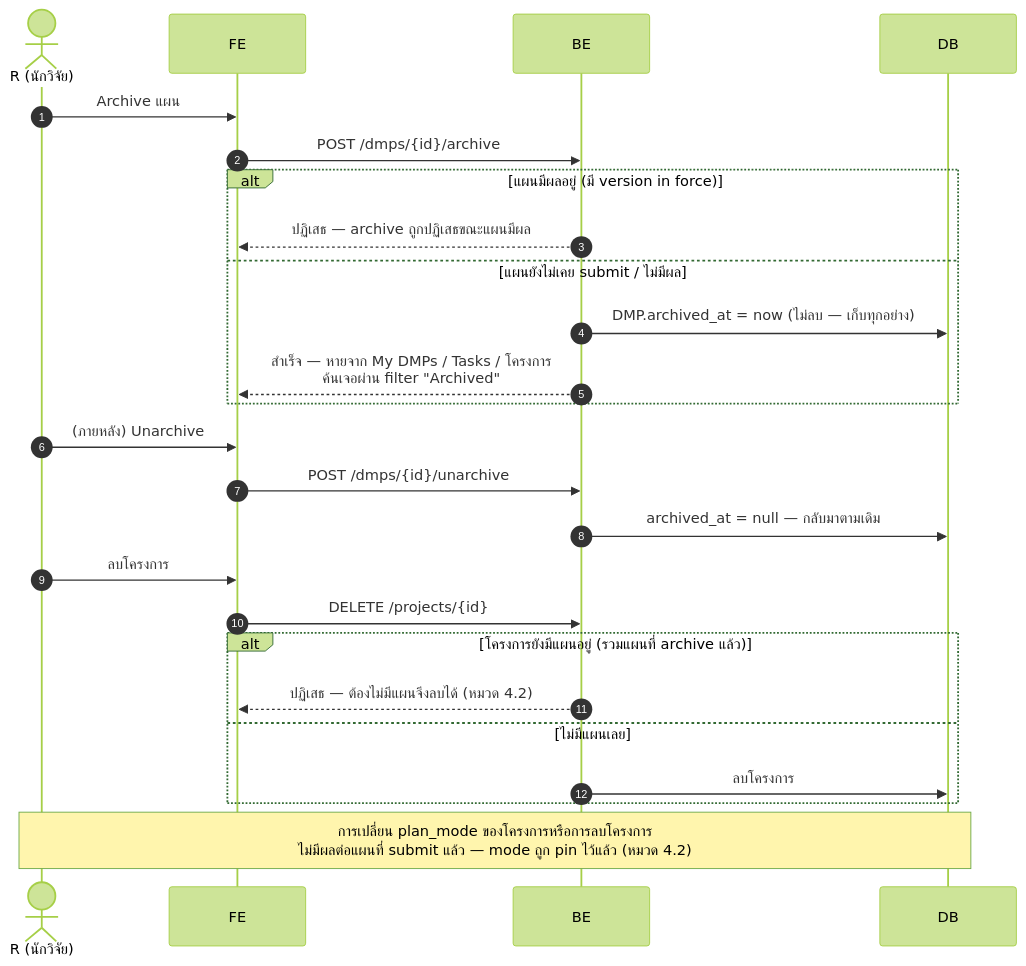
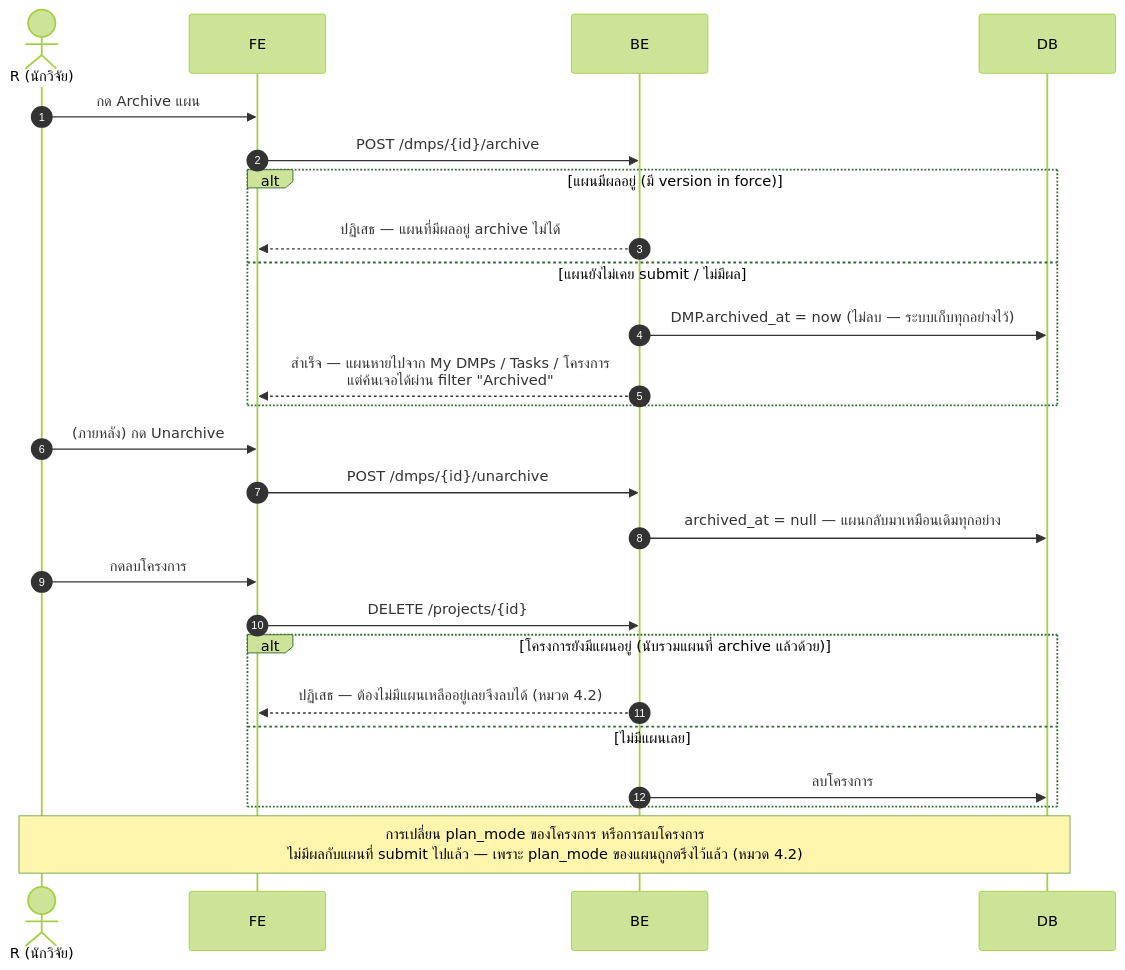
Diagram 13 of 14 in docs/architecture/sequence-diagrams.md (Open-Science-and-Data-management/Backend), drawn with Mermaid (forest theme) before and after one commit. The commit also changed other lines of this file and 15 other files, not shown here.

````diff
--- a/docs/architecture/sequence-diagrams.md
+++ b/docs/architecture/sequence-diagrams.md
@@ -461,29 +503,29 @@
 ```mermaid
 sequenceDiagram
     autonumber
     actor R as R (นักวิจัย)
     participant FE as FE
     participant BE as BE
     participant DB as DB
 
-    R->>FE: Archive แผน
+    R->>FE: กด Archive แผน
     FE->>BE: POST /dmps/{id}/archive
     alt แผนมีผลอยู่ (มี version in force)
-        BE-->>FE: ปฏิเสธ — archive ถูกปฏิเสธขณะแผนมีผล
+        BE-->>FE: ปฏิเสธ — แผนที่มีผลอยู่ archive ไม่ได้
     else แผนยังไม่เคย submit / ไม่มีผล
-        BE->>DB: DMP.archived_at = now (ไม่ลบ — เก็บทุกอย่าง)
-        BE-->>FE: สำเร็จ — หายจาก My DMPs / Tasks / โครงการ<br/>ค้นเจอผ่าน filter "Archived"
+        BE->>DB: DMP.archived_at = now (ไม่ลบ — ระบบเก็บทุกอย่างไว้)
+        BE-->>FE: สำเร็จ — แผนหายไปจาก My DMPs / Tasks / โครงการ<br/>แต่ค้นเจอได้ผ่าน filter "Archived"
     end
-    R->>FE: (ภายหลัง) Unarchive
+    R->>FE: (ภายหลัง) กด Unarchive
     FE->>BE: POST /dmps/{id}/unarchive
-    BE->>DB: archived_at = null — กลับมาตามเดิม
+    BE->>DB: archived_at = null — แผนกลับมาเหมือนเดิมทุกอย่าง
 
-    R->>FE: ลบโครงการ
+    R->>FE: กดลบโครงการ
     FE->>BE: DELETE /projects/{id}
-    alt โครงการยังมีแผนอยู่ (รวมแผนที่ archive แล้ว)
-        BE-->>FE: ปฏิเสธ — ต้องไม่มีแผนจึงลบได้ (หมวด 4.2)
+    alt โครงการยังมีแผนอยู่ (นับรวมแผนที่ archive แล้วด้วย)
+        BE-->>FE: ปฏิเสธ — ต้องไม่มีแผนเหลืออยู่เลยจึงลบได้ (หมวด 4.2)
     else ไม่มีแผนเลย
         BE->>DB: ลบโครงการ
     end
-    Note over R,DB: การเปลี่ยน plan_mode ของโครงการหรือการลบโครงการ<br/>ไม่มีผลต่อแผนที่ submit แล้ว — mode ถูก pin ไว้แล้ว (หมวด 4.2)
+    Note over R,DB: การเปลี่ยน plan_mode ของโครงการ หรือการลบโครงการ<br/>ไม่มีผลกับแผนที่ submit ไปแล้ว — เพราะ plan_mode ของแผนถูกตรึงไว้แล้ว (หมวด 4.2)
 ```
````
